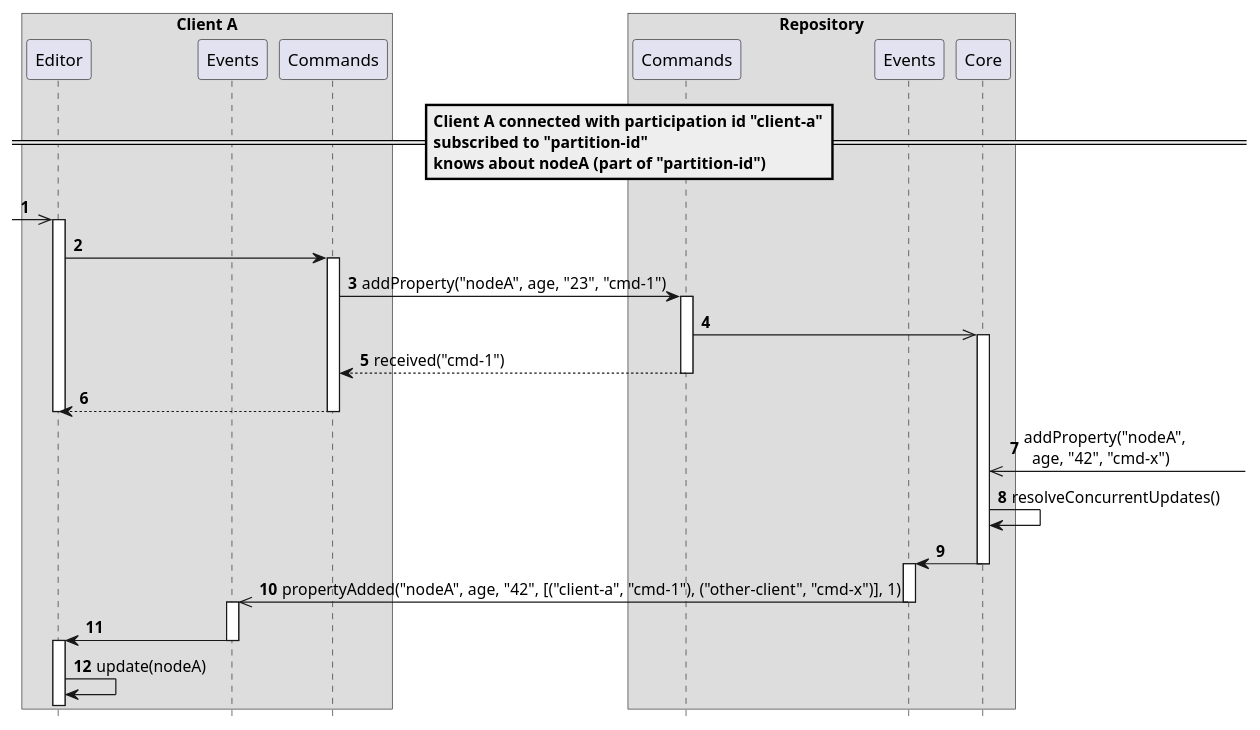
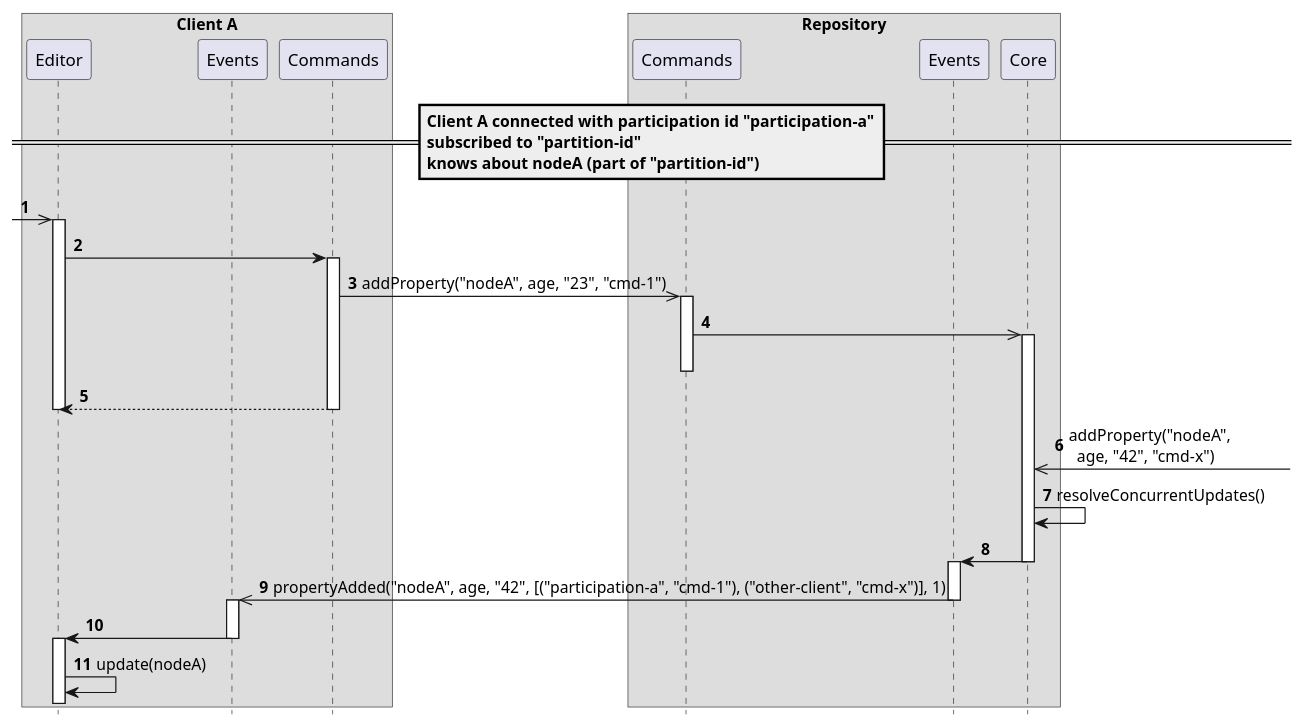
Before and after one commit to LionWeb-io/specification: the diagram in delta/scenarios/concurrentChangeRemoteUpdate.adoc, drawn with PlantUML. The commit also changed other lines of this file and 9 other files, not shown here.

```diff
--- a/delta/scenarios/concurrentChangeRemoteUpdate.adoc
+++ b/delta/scenarios/concurrentChangeRemoteUpdate.adoc
@@ -2,48 +2,47 @@
 [plantuml,concurrentChangeRemoteUpdate,svg]
 ----
 hide footbox
 autonumber
 
 box "Client A"
   participant Editor as editor
   participant Events as clientEvent
   participant Commands as clientCmd
 end box
 
 box "Repository"
   participant Commands as repoCmd
   participant Events as repoEvent
   participant Core as core
 end box
 
-== Client A connected with participation id "client-a"\nsubscribed to "partition-id"\nknows about nodeA (part of "partition-id") ==
+== Client A connected with participation id "participation-a"\nsubscribed to "partition-id"\nknows about nodeA (part of "partition-id") ==
 
 [->> editor ++
 editor -> clientCmd ++
-clientCmd -> repoCmd ++: addProperty("nodeA", age, "23", "cmd-1")
+clientCmd ->> repoCmd ++: addProperty("nodeA", age, "23", "cmd-1")
 repoCmd ->> core
 activate core
-clientCmd <-- repoCmd: received("cmd-1")
 deactivate repoCmd
 editor <-- clientCmd
 deactivate clientCmd
 deactivate editor
 
 core <<-]: addProperty("nodeA",\n  age, "42", "cmd-x")
 
 core -> core: resolveConcurrentUpdates()
 
 core -> repoEvent
 deactivate core
 
 activate repoEvent
-clientEvent <<- repoEvent: propertyAdded("nodeA", age, "42", [("client-a", "cmd-1"), ("other-client", "cmd-x")], 1)
+clientEvent <<- repoEvent: propertyAdded("nodeA", age, "42", [("participation-a", "cmd-1"), ("other-client", "cmd-x")], 1)
 deactivate repoEvent
 
 activate clientEvent
 clientEvent -> editor
 deactivate clientEvent
 
 activate editor
 editor -> editor: update(nodeA)
 ----
```
